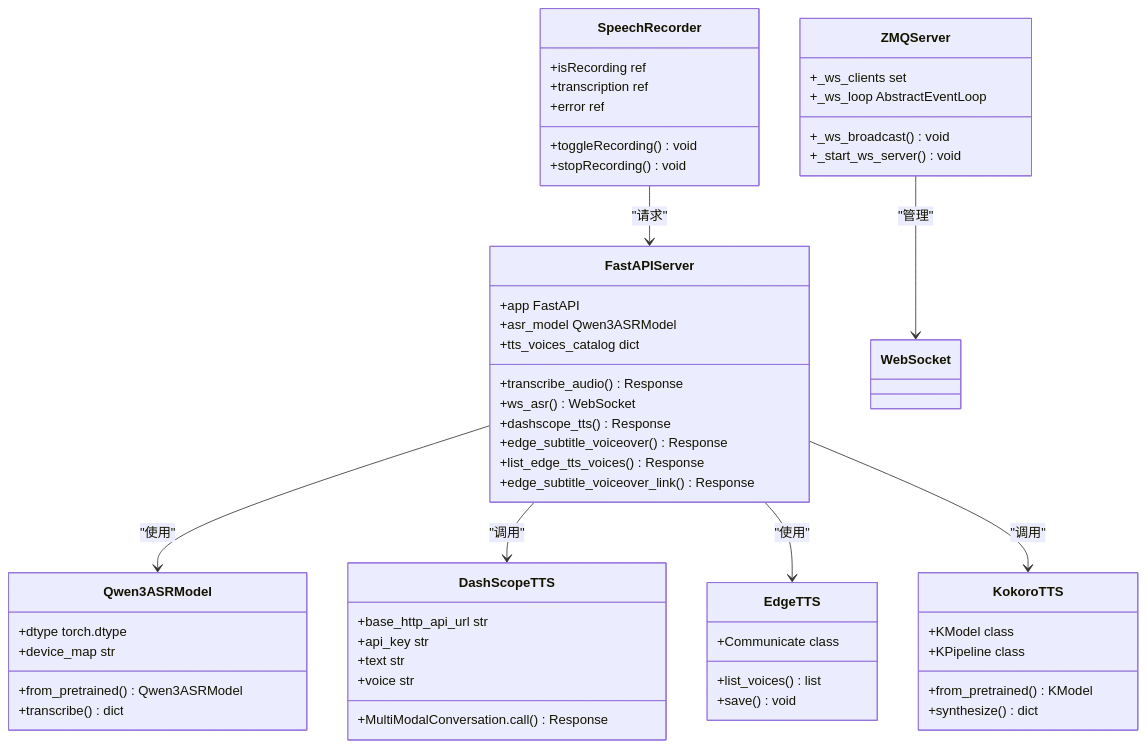
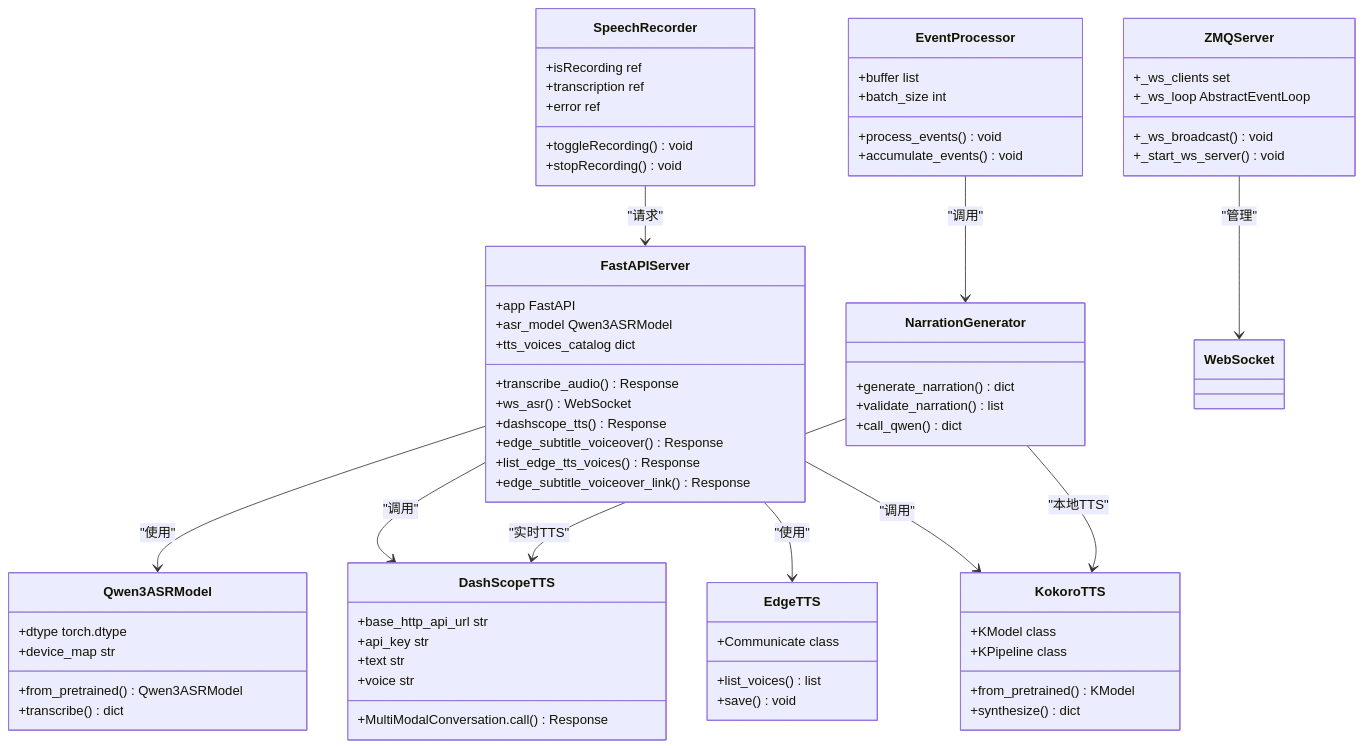
One commit to 1024dashen/Vue3Speech changed the second of 9 diagrams in .qoder/repowiki/zh/content/项目概述.md. Above: the diagram before and after it, drawn with Mermaid. The commit also changed other lines of this file and 29 other files, not shown here.

````diff
--- a/.qoder/repowiki/zh/content/项目概述.md
+++ b/.qoder/repowiki/zh/content/项目概述.md
@@ -145,57 +162,71 @@
 ```mermaid
 classDiagram
 class FastAPIServer {
 +app FastAPI
 +asr_model Qwen3ASRModel
 +tts_voices_catalog dict
 +transcribe_audio() Response
 +ws_asr() WebSocket
 +dashscope_tts() Response
 +edge_subtitle_voiceover() Response
 +list_edge_tts_voices() Response
 +edge_subtitle_voiceover_link() Response
 }
 class Qwen3ASRModel {
 +from_pretrained() Qwen3ASRModel
 +transcribe() dict
 +dtype torch.dtype
 +device_map str
 }
 class DashScopeTTS {
 +MultiModalConversation.call() Response
 +base_http_api_url str
 +api_key str
 +text str
 +voice str
 }
 class EdgeTTS {
 +Communicate class
 +list_voices() list
 +save() void
 }
 class KokoroTTS {
 +KModel class
 +KPipeline class
 +from_pretrained() KModel
 +synthesize() dict
 }
 class SpeechRecorder {
 +isRecording ref
 +transcription ref
 +error ref
 +toggleRecording() void
 +stopRecording() void
 }
 class ZMQServer {
 +_ws_clients set
 +_ws_loop AbstractEventLoop
 +_ws_broadcast() void
 +_start_ws_server() void
 }
+class EventProcessor {
++buffer list
++batch_size int
++process_events() void
++accumulate_events() void
+}
+class NarrationGenerator {
++generate_narration() dict
++validate_narration() list
++call_qwen() dict
+}
 FastAPIServer --> Qwen3ASRModel : "使用"
 FastAPIServer --> DashScopeTTS : "调用"
 FastAPIServer --> EdgeTTS : "使用"
 FastAPIServer --> KokoroTTS : "调用"
 SpeechRecorder --> FastAPIServer : "请求"
 ZMQServer --> WebSocket : "管理"
+EventProcessor --> NarrationGenerator : "调用"
+NarrationGenerator --> DashScopeTTS : "实时TTS"
+NarrationGenerator --> KokoroTTS : "本地TTS"
 ```
````
